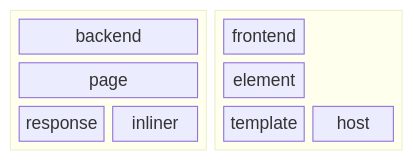
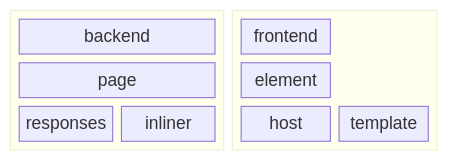
The diagram in framework/README.md (daniellacosse-code/onlyweb.dev), drawn with Mermaid before and after one commit. The commit also changed other lines of this file, not shown here.

````diff
--- a/framework/README.md
+++ b/framework/README.md
@@ -49,17 +49,17 @@
 ```mermaid
 block-beta
   block
     columns 2
     backend:2
     page:2
-    response
+    responses
     inliner
   end
   block
     columns 2
     frontend:2
     element:2
+    host
     template
-    host
   end
 ```
````
